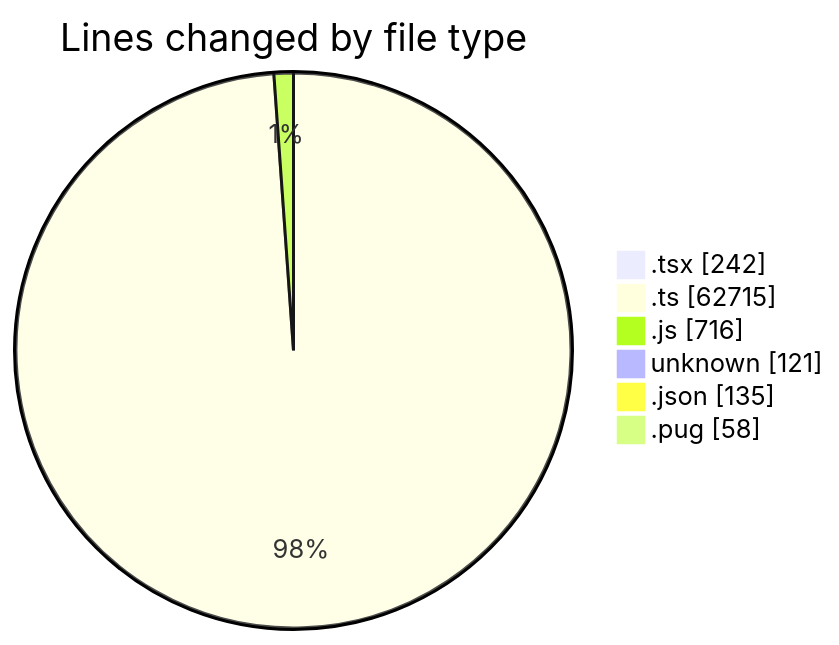
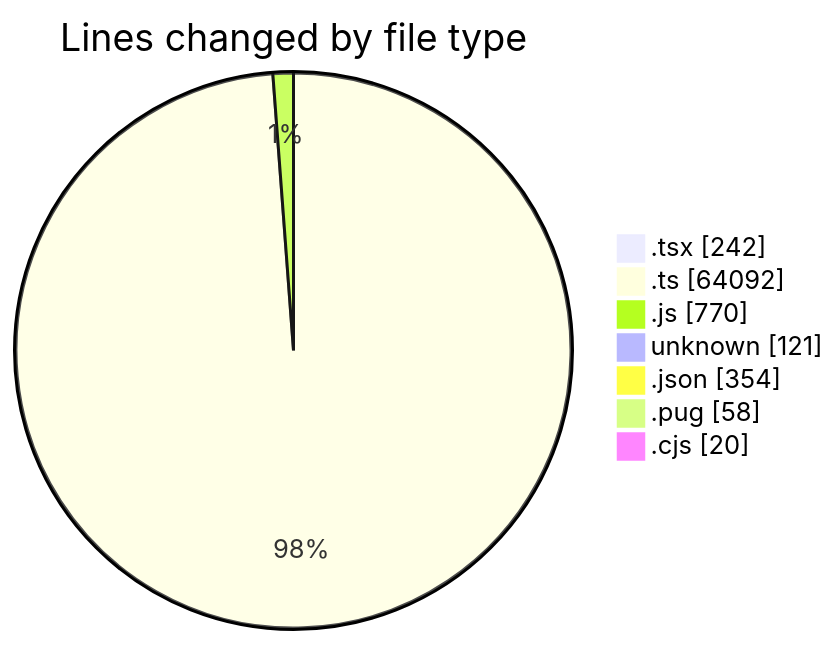
One commit to momahboobian/code-tracking changed the first of 2 diagrams in 2026-06-01/cda/README.md. Above: the diagram before and after it, drawn with Mermaid. The commit also changed other lines of this file and 1 other file, not shown here.

````diff
--- a/2026-06-01/cda/README.md
+++ b/2026-06-01/cda/README.md
@@ -53,10 +66,11 @@
 ```mermaid
 pie showData
 title Lines changed by file type
 ".tsx" : 242
-".ts" : 62715
-".js" : 716
+".ts" : 64092
+".js" : 770
 "unknown" : 121
-".json" : 135
+".json" : 354
 ".pug" : 58
+".cjs" : 20
 ```
````
